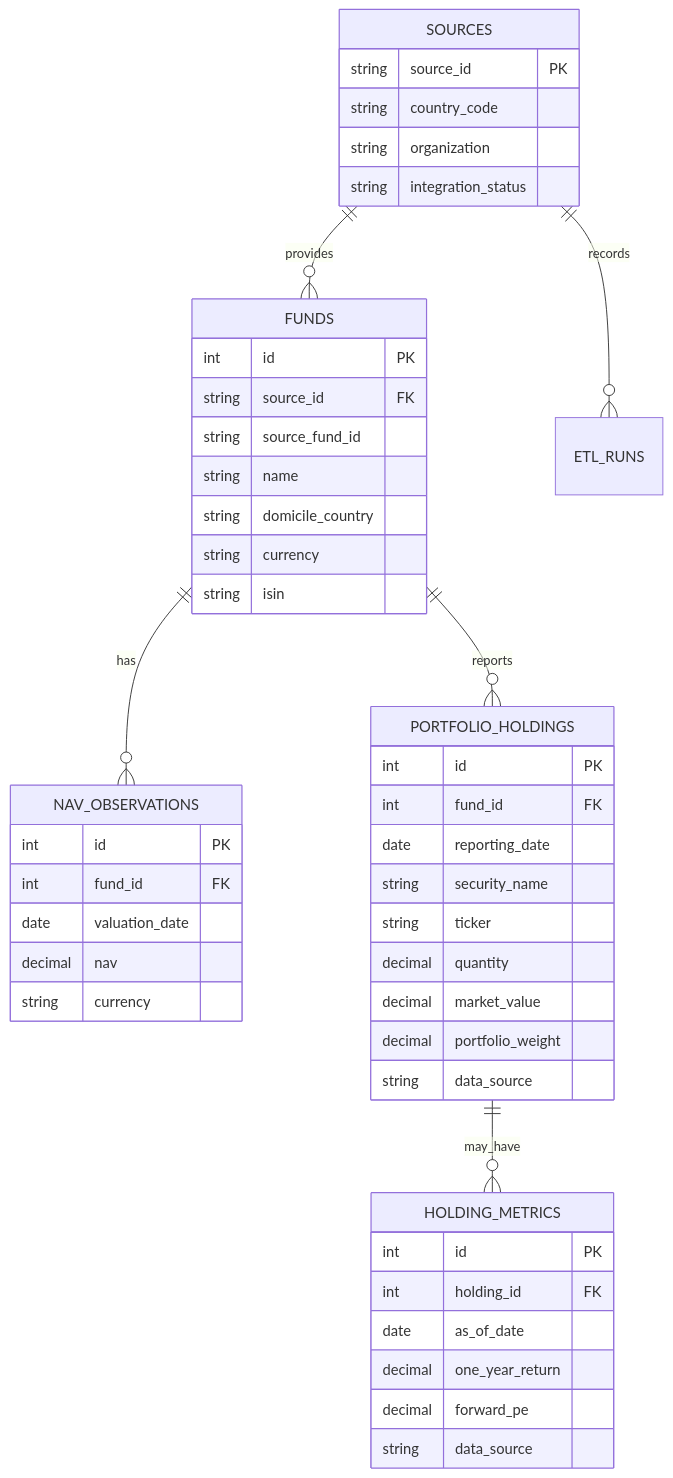
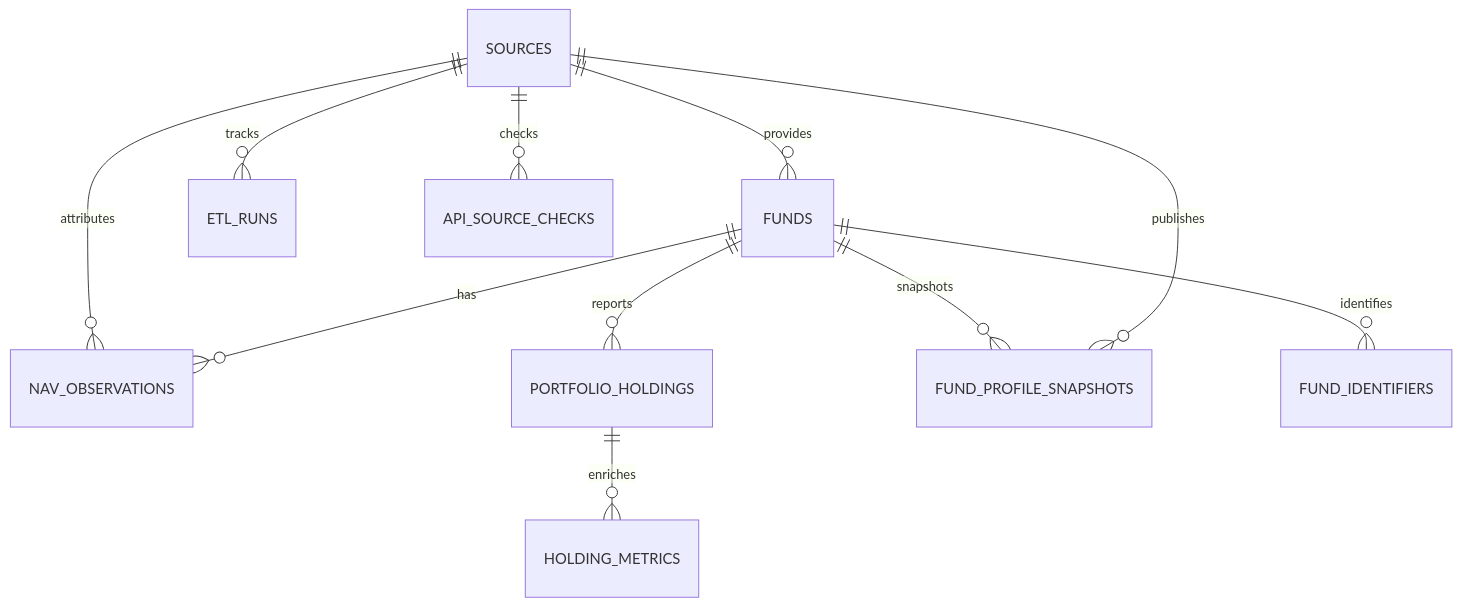
One commit to Ansari-Maaz/Mutual-Funds-ETL-Pipeline changed the third of 3 diagrams in README.md. Above: the diagram before and after it, drawn with Mermaid. The commit also changed other lines of this file, not shown here.

````diff
--- a/README.md
+++ b/README.md
@@ -105,49 +258,13 @@
 ```mermaid
 erDiagram
   SOURCES ||--o{ FUNDS : provides
+  SOURCES ||--o{ NAV_OBSERVATIONS : attributes
   FUNDS ||--o{ NAV_OBSERVATIONS : has
   FUNDS ||--o{ PORTFOLIO_HOLDINGS : reports
-  PORTFOLIO_HOLDINGS ||--o{ HOLDING_METRICS : may_have
-  SOURCES ||--o{ ETL_RUNS : records
-  SOURCES {
-    string source_id PK
-    string country_code
-    string organization
-    string integration_status
-  }
-  FUNDS {
-    int id PK
-    string source_id FK
-    string source_fund_id
-    string name
-    string domicile_country
-    string currency
-    string isin
-  }
-  NAV_OBSERVATIONS {
-    int id PK
-    int fund_id FK
-    date valuation_date
-    decimal nav
-    string currency
-  }
-  PORTFOLIO_HOLDINGS {
-    int id PK
-    int fund_id FK
-    date reporting_date
-    string security_name
-    string ticker
-    decimal quantity
-    decimal market_value
-    decimal portfolio_weight
-    string data_source
-  }
-  HOLDING_METRICS {
-    int id PK
-    int holding_id FK
-    date as_of_date
-    decimal one_year_return
-    decimal forward_pe
-    string data_source
-  }
+  PORTFOLIO_HOLDINGS ||--o{ HOLDING_METRICS : enriches
+  FUNDS ||--o{ FUND_PROFILE_SNAPSHOTS : snapshots
+  SOURCES ||--o{ FUND_PROFILE_SNAPSHOTS : publishes
+  FUNDS ||--o{ FUND_IDENTIFIERS : identifies
+  SOURCES ||--o{ ETL_RUNS : tracks
+  SOURCES ||--o{ API_SOURCE_CHECKS : checks
 ```
````
